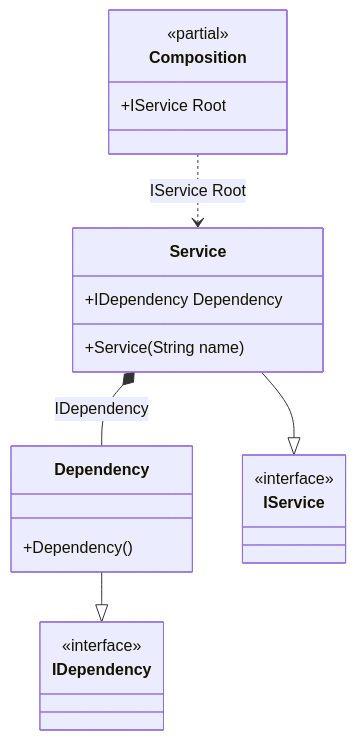
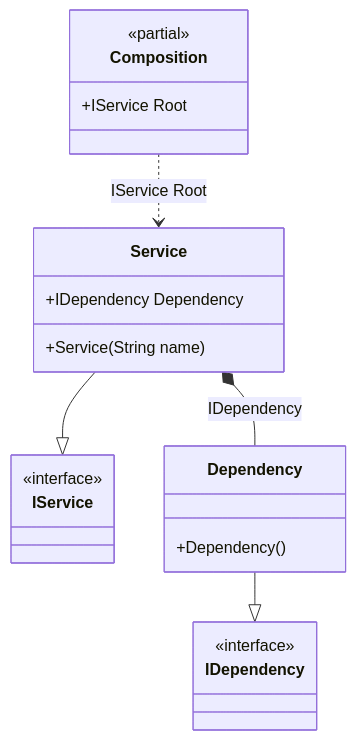
The diagram in readme/default-values.md (DevTeam/Pure.DI), drawn with Mermaid before and after one commit. The commit also changed other lines of this file and 92 other files, not shown here.

````diff
--- a/readme/default-values.md
+++ b/readme/default-values.md
@@ -71,24 +71,24 @@
 ```mermaid
 classDiagram
 	class Composition {
 		<<partial>>
 		+IService Root
 	}
-	Dependency --|> IDependency
-	class Dependency {
-		+Dependency()
-	}
 	Service --|> IService
 	class Service {
 		+Service(String name)
 		+IDependency Dependency
 	}
-	class IDependency {
+	Dependency --|> IDependency
+	class Dependency {
+		+Dependency()
+	}
+	class IService {
 		<<interface>>
 	}
-	class IService {
+	class IDependency {
 		<<interface>>
 	}
 	Composition ..> Service : IService Root
 	Service *--  Dependency : IDependency
 ```
````
